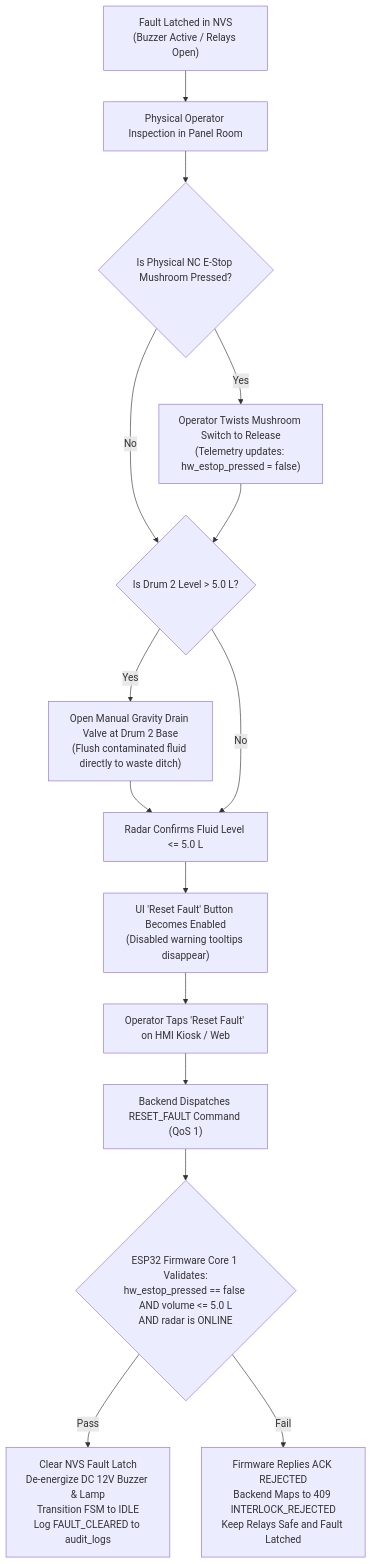
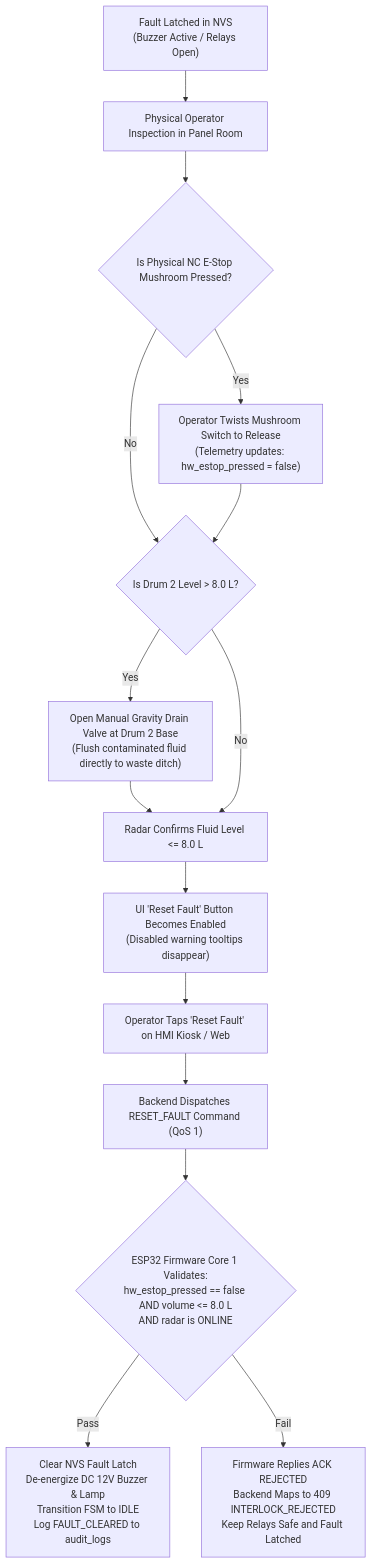
One commit to imFreed0m/desanomia changed the fourth of 5 diagrams in brain/09_ERROR_HANDLING.md. Above: the diagram before and after it, drawn with Mermaid. The commit also changed other lines of this file and 14 other files, not shown here.

````diff
--- a/brain/09_ERROR_HANDLING.md
+++ b/brain/09_ERROR_HANDLING.md
@@ -187,21 +187,21 @@
 ```mermaid
 flowchart TD
     FaultState["Fault Latched in NVS\n(Buzzer Active / Relays Open)"] --> Inspection["Physical Operator Inspection in Panel Room"]
     
     Inspection --> CheckEStop{"Is Physical NC E-Stop Mushroom Pressed?"}
     CheckEStop -- Yes --> TwistEStop["Operator Twists Mushroom Switch to Release\n(Telemetry updates: hw_estop_pressed = false)"]
-    CheckEStop -- No --> CheckFluid{"Is Drum 2 Level > 5.0 L?"}
+    CheckEStop -- No --> CheckFluid{"Is Drum 2 Level > 8.0 L?"}
     TwistEStop --> CheckFluid
     
     CheckFluid -- Yes --> OpenDrain["Open Manual Gravity Drain Valve at Drum 2 Base\n(Flush contaminated fluid directly to waste ditch)"]
-    OpenDrain --> RadarCheck["Radar Confirms Fluid Level <= 5.0 L"]
+    OpenDrain --> RadarCheck["Radar Confirms Fluid Level <= 8.0 L"]
     CheckFluid -- No --> RadarCheck
     
     RadarCheck --> UIAvailable["UI 'Reset Fault' Button Becomes Enabled\n(Disabled warning tooltips disappear)"]
     UIAvailable --> OperatorClick["Operator Taps 'Reset Fault' on HMI Kiosk / Web"]
     OperatorClick --> MQTTReset["Backend Dispatches RESET_FAULT Command (QoS 1)"]
-    MQTTReset --> FWValidate{"ESP32 Firmware Core 1 Validates:\nhw_estop_pressed == false AND volume <= 5.0 L\nAND radar is ONLINE"}
+    MQTTReset --> FWValidate{"ESP32 Firmware Core 1 Validates:\nhw_estop_pressed == false AND volume <= 8.0 L\nAND radar is ONLINE"}
     
     FWValidate -- Pass --> FMSIdle["Clear NVS Fault Latch\nDe-energize DC 12V Buzzer & Lamp\nTransition FSM to IDLE\nLog FAULT_CLEARED to audit_logs"]
     FWValidate -- Fail --> RejectCmd["Firmware Replies ACK REJECTED\nBackend Maps to 409 INTERLOCK_REJECTED\nKeep Relays Safe and Fault Latched"]
 ```
````
